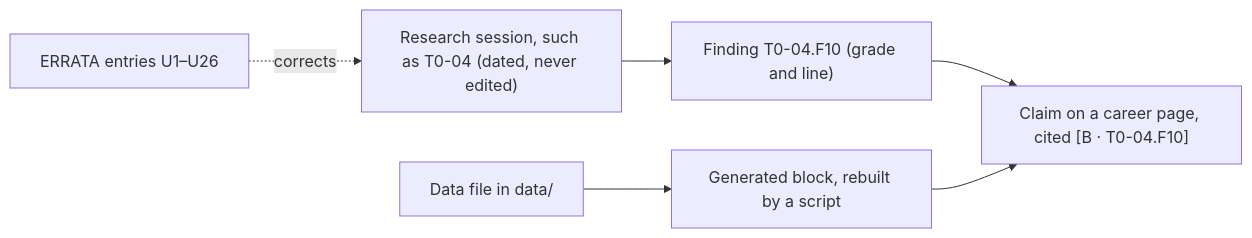
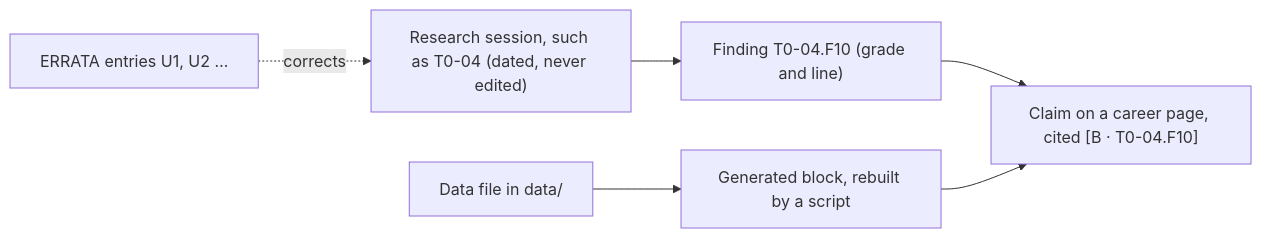
The diagram in career/00-start/glossary.md (bhaskarjha-dev/genai-career), drawn with Mermaid before and after one commit. The commit also changed other lines of this file and 8 other files, not shown here.

````diff
--- a/career/00-start/glossary.md
+++ b/career/00-start/glossary.md
@@ -50,8 +50,8 @@
 ```mermaid
 flowchart LR
   S["Research session, such as T0-04 (dated, never edited)"] --> F["Finding T0-04.F10 (grade and line)"]
   F --> P["Claim on a career page, cited [B · T0-04.F10]"]
   D["Data file in data/"] --> G["Generated block, rebuilt by a script"]
   G --> P
-  E["ERRATA entries U1–U26"] -.->|"corrects"| S
+  E["ERRATA entries U1, U2 …"] -.->|"corrects"| S
 ```
````
